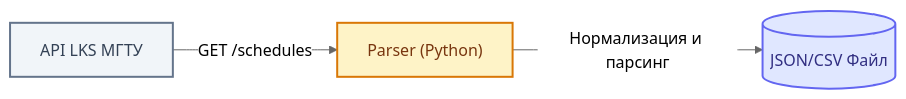
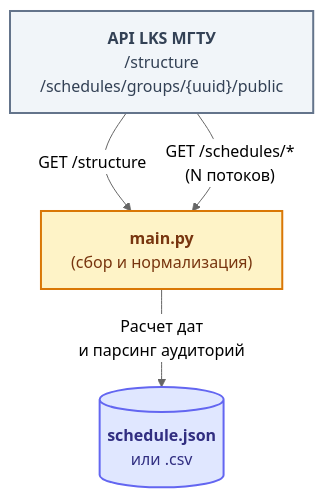
One commit to Digital-SGN/ScheduleParser changed the diagram in README.md. Above: the diagram before and after it, drawn with Mermaid (neutral theme). The commit also changed other lines of this file and 9 other files, not shown here.

````diff
--- a/README.md
+++ b/README.md
@@ -43,17 +101,18 @@
 ```mermaid
-flowchart LR
-    LKS["API LKS МГТУ"]
-    Parser["Parser (Python)"]
-    File[("JSON/CSV Файл")]
+flowchart TD
+    LKS["<b>API LKS МГТУ</b><br/>/structure<br/>/schedules/groups/{uuid}/public"]
+    Parser["<b>main.py</b><br/>(сбор и нормализация)"]
+    File[("<b>schedule.json</b><br/>или .csv")]
 
-    LKS -->|"GET /schedules"| Parser
-    Parser -->|"Нормализация и парсинг"| File
-    
+    LKS -->|"GET /structure"| Parser
+    LKS -->|"GET /schedules/*<br/>(N потоков)"| Parser
+    Parser -->|"Расчет дат<br/>и парсинг аудиторий"| File
+
     classDef api fill:#f1f5f9,stroke:#64748b,stroke-width:2px,color:#334155;
     classDef parser fill:#fef3c7,stroke:#d97706,stroke-width:2px,color:#78350f;
     classDef db fill:#e0e7ff,stroke:#6366f1,stroke-width:2px,color:#312e81;
-    
+
     class LKS api;
     class Parser parser;
     class File db;
 ```
````
